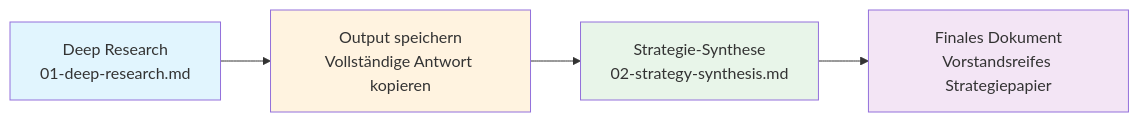
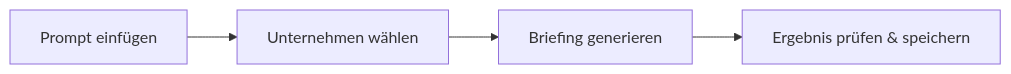
One commit to thwinter-ch/ai-lectures changed the diagram in 2026_02_07_AIF/segments-de/05-company-research-exercise/README.md. Above: the diagram before and after it, drawn with Mermaid. The commit also changed other lines of this file and 13 other files, not shown here.

````diff
--- a/2026_02_07_AIF/segments-de/05-company-research-exercise/README.md
+++ b/2026_02_07_AIF/segments-de/05-company-research-exercise/README.md
@@ -22,11 +7,6 @@
 ```mermaid
 flowchart LR
-    A[Deep Research<br/>01-deep-research.md] --> B[Output speichern<br/>Vollständige Antwort kopieren]
-    B --> C[Strategie-Synthese<br/>02-strategy-synthesis.md]
-    C --> D[Finales Dokument<br/>Vorstandsreifes Strategiepapier]
-
-    style A fill:#e1f5fe
-    style B fill:#fff3e0
-    style C fill:#e8f5e9
-    style D fill:#f3e5f5
+    A[Prompt einfügen] --> B[Unternehmen wählen]
+    B --> C[Briefing generieren]
+    C --> D[Ergebnis prüfen & speichern]
 ```
````
